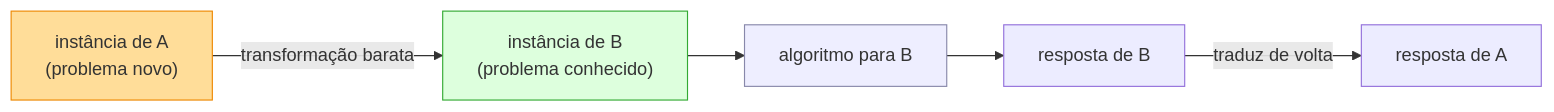
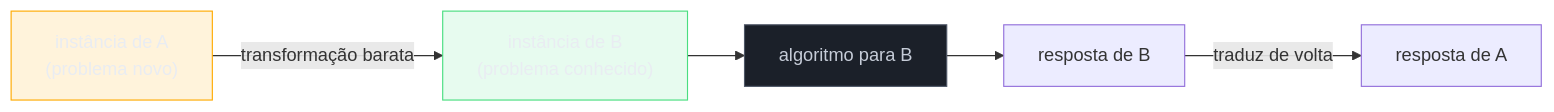
One commit to josenaldo/codex-technomanticus changed the fourth of 5 diagrams in 03-Dominios/Ciência/Algoritmos/13 - Intratabilidade.md. Above: the diagram before and after it, drawn with Mermaid. The commit also changed other lines of this file and 1181 other files, not shown here.

First line of the commit message:
fix(diagramas): paleta do sistema no lugar de cor cravada no markdown

````diff
--- a/03-Dominios/Ciência/Algoritmos/13 - Intratabilidade.md
+++ b/03-Dominios/Ciência/Algoritmos/13 - Intratabilidade.md
@@ -219,11 +227,14 @@
 ```mermaid
 flowchart LR
+    classDef destaque fill:#FFAA0024,stroke:#FFAA00,color:#E9ECF2
+    classDef ok fill:#4ADE8021,stroke:#4ADE80,color:#E9ECF2
+    classDef neutro fill:#1B2029,stroke:#4E5666,color:#C6CCD8
     A["instância de A\n(problema novo)"] -->|"transformação barata"| B["instância de B\n(problema conhecido)"]
     B --> SOLVE["algoritmo para B"]
     SOLVE --> RB["resposta de B"]
     RB -->|"traduz de volta"| RA["resposta de A"]
 
-    style A fill:#fd9,stroke:#e80
-    style B fill:#dfd,stroke:#3a3
-    style SOLVE fill:#eef,stroke:#88a
+    class A destaque
+    class B ok
+    class SOLVE neutro
 ```
````
